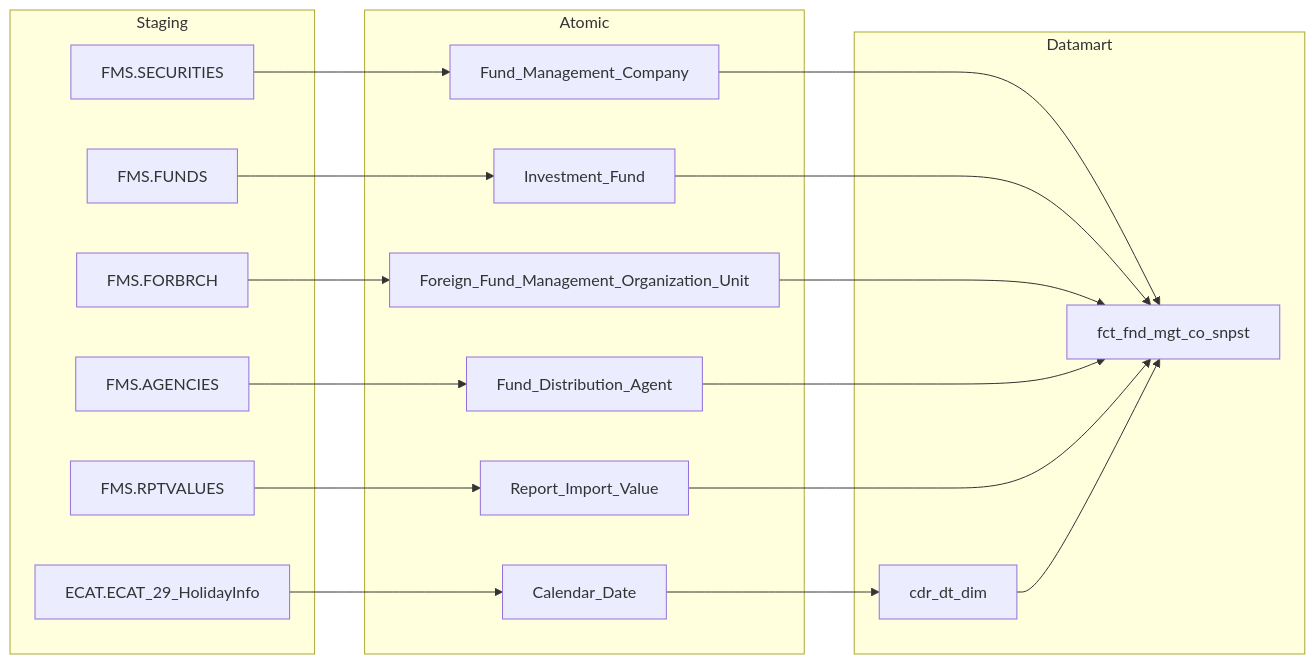
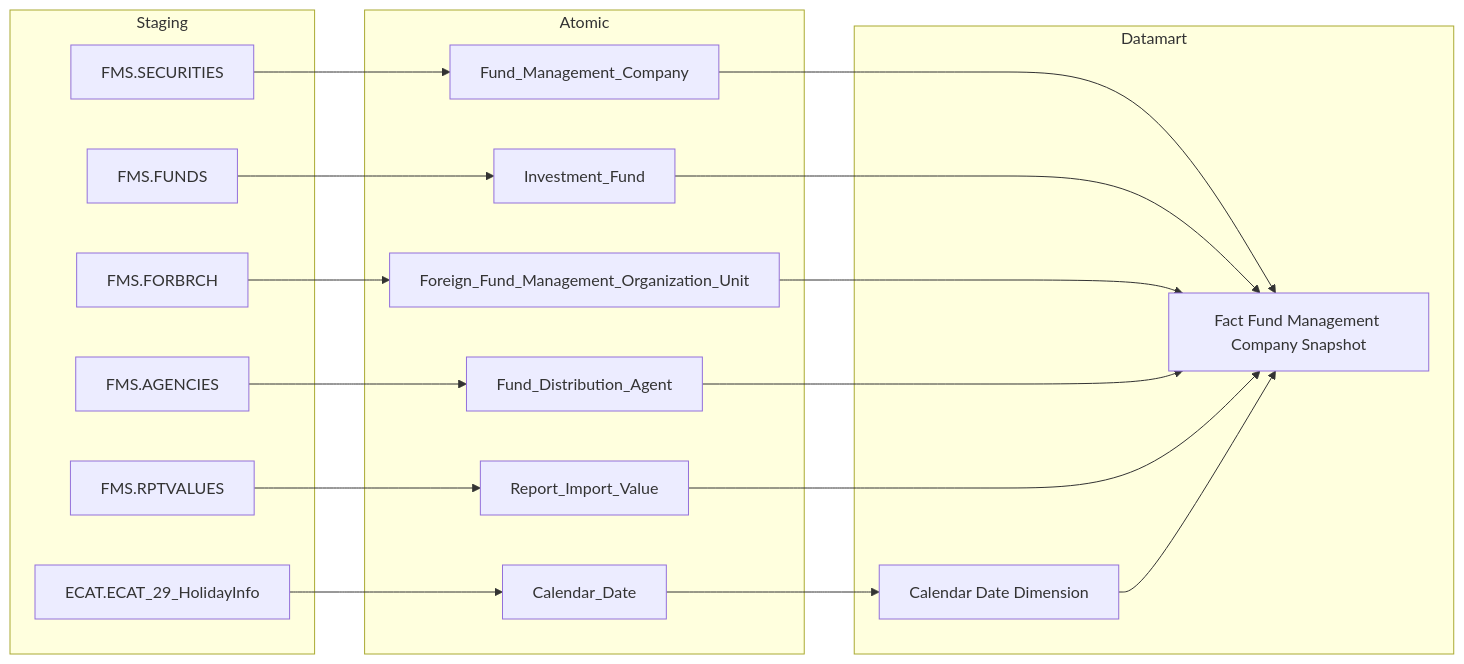
Before and after one commit to linhlvit/ubck_atomic_design: the first of 9 diagrams in docs/output/datamart/FMS/DTM_FMS_PTTK.md, drawn with Mermaid. The commit also changed other lines of this file and 2 other files, not shown here.

````diff
--- a/docs/output/datamart/FMS/DTM_FMS_PTTK.md
+++ b/docs/output/datamart/FMS/DTM_FMS_PTTK.md
@@ -17,36 +17,36 @@
 ```mermaid
 flowchart LR
   subgraph Staging
     FMS_SECURITIES["FMS.SECURITIES"]
     FMS_FUNDS["FMS.FUNDS"]
     FMS_FORBRCH["FMS.FORBRCH"]
     FMS_AGENCIES["FMS.AGENCIES"]
     FMS_RPTVALUES["FMS.RPTVALUES"]
     ECAT_ECAT_29_HolidayInfo["ECAT.ECAT_29_HolidayInfo"]
   end
   subgraph Atomic
     Fund_Management_Company
     Investment_Fund
     Foreign_Fund_Management_Organization_Unit
     Fund_Distribution_Agent
     Report_Import_Value
     Calendar_Date
   end
   subgraph Datamart
-    fct_fnd_mgt_co_snpst
-    cdr_dt_dim
+    fct_fnd_mgt_co_snpst["Fact Fund Management Company Snapshot"]
+    cdr_dt_dim["Calendar Date Dimension"]
   end
   FMS_SECURITIES --> Fund_Management_Company
   FMS_FUNDS --> Investment_Fund
   FMS_FORBRCH --> Foreign_Fund_Management_Organization_Unit
   FMS_AGENCIES --> Fund_Distribution_Agent
   FMS_RPTVALUES --> Report_Import_Value
   ECAT_ECAT_29_HolidayInfo --> Calendar_Date
   Fund_Management_Company --> fct_fnd_mgt_co_snpst
   Investment_Fund --> fct_fnd_mgt_co_snpst
   Foreign_Fund_Management_Organization_Unit --> fct_fnd_mgt_co_snpst
   Fund_Distribution_Agent --> fct_fnd_mgt_co_snpst
   Report_Import_Value --> fct_fnd_mgt_co_snpst
   Calendar_Date --> cdr_dt_dim
   cdr_dt_dim --> fct_fnd_mgt_co_snpst
 ```
````
